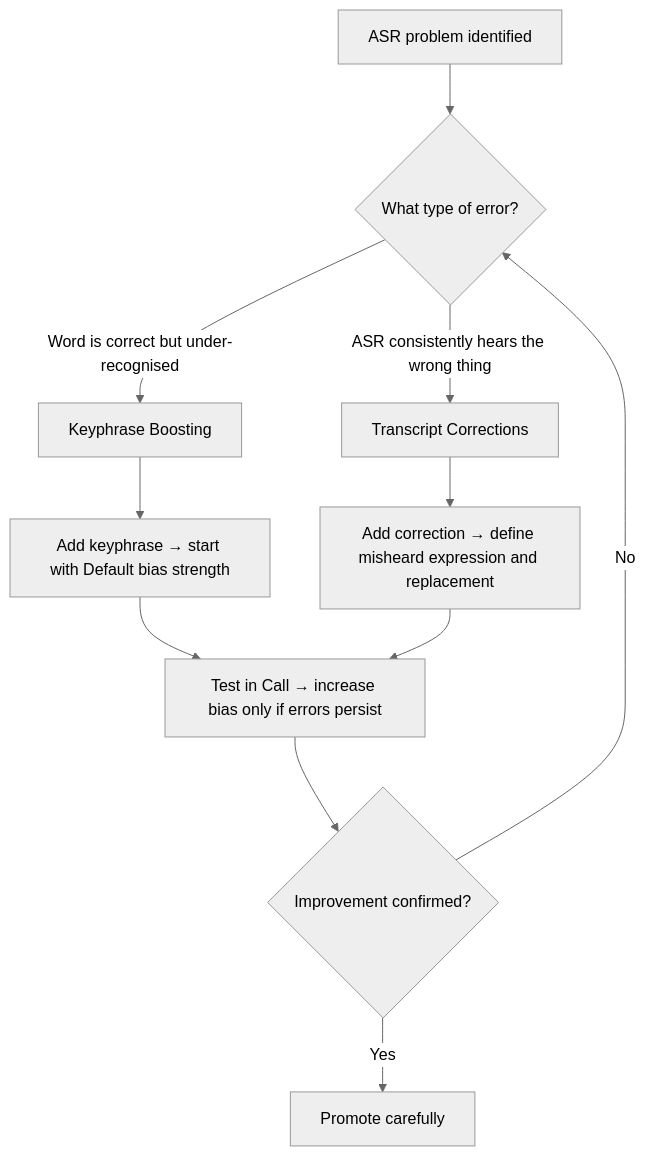
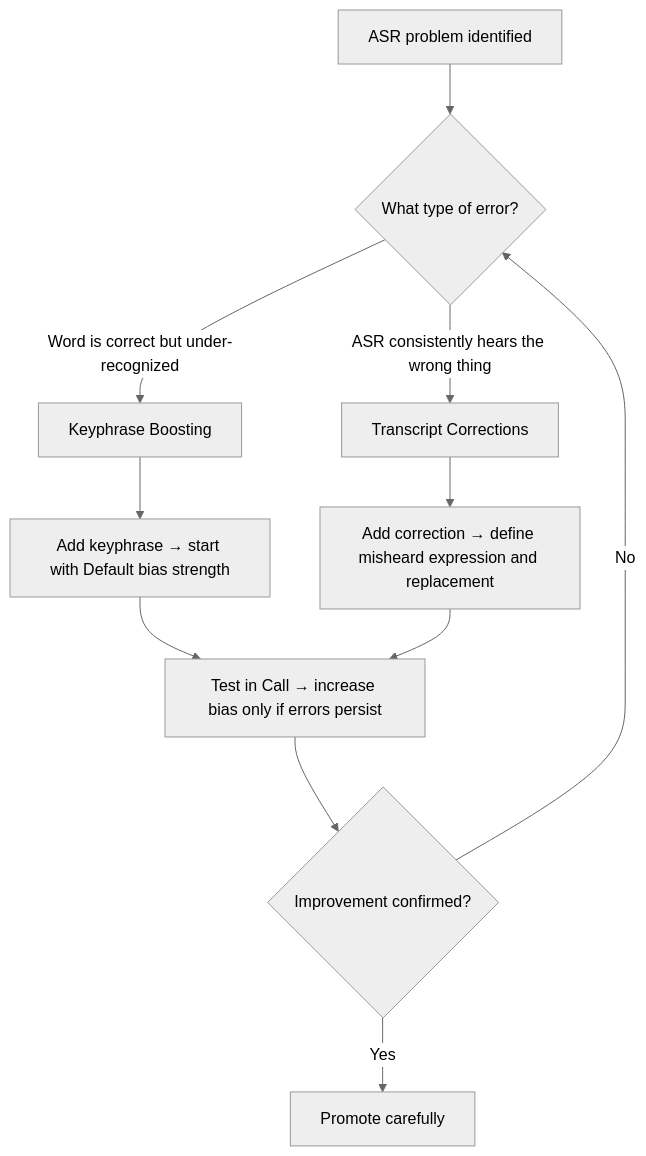
Before and after one commit to PolyAI-LDN/polyai-mintlify-doc: the diagram in learn/guides/advanced/global-asr.mdx, drawn with Mermaid (neutral theme). The commit also changed other lines of this file and 38 other files, not shown here.

````diff
--- a/learn/guides/advanced/global-asr.mdx
+++ b/learn/guides/advanced/global-asr.mdx
@@ -40,13 +40,13 @@
 ```mermaid
 flowchart TD
     A[ASR problem identified] --> B{What type of error?}
-    B -->|Word is correct but under-recognised| C[Keyphrase Boosting]
+    B -->|Word is correct but under-recognized| C[Keyphrase Boosting]
     B -->|ASR consistently hears the wrong thing| D[Transcript Corrections]
     C --> E[Add keyphrase → start with Default bias strength]
     D --> F[Add correction → define misheard expression and replacement]
     E --> G[Test in Call → increase bias only if errors persist]
     F --> G
     G --> H{Improvement confirmed?}
     H -->|Yes| I[Promote carefully]
     H -->|No| B
 ```
````
